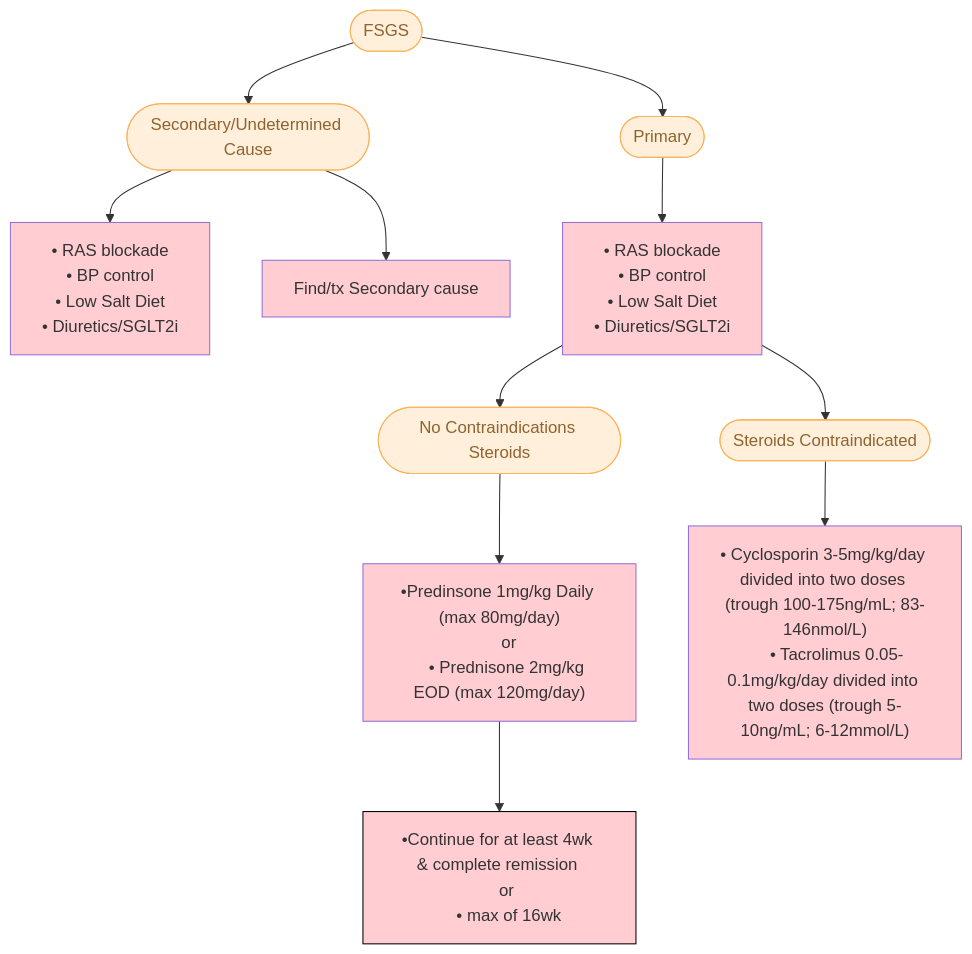
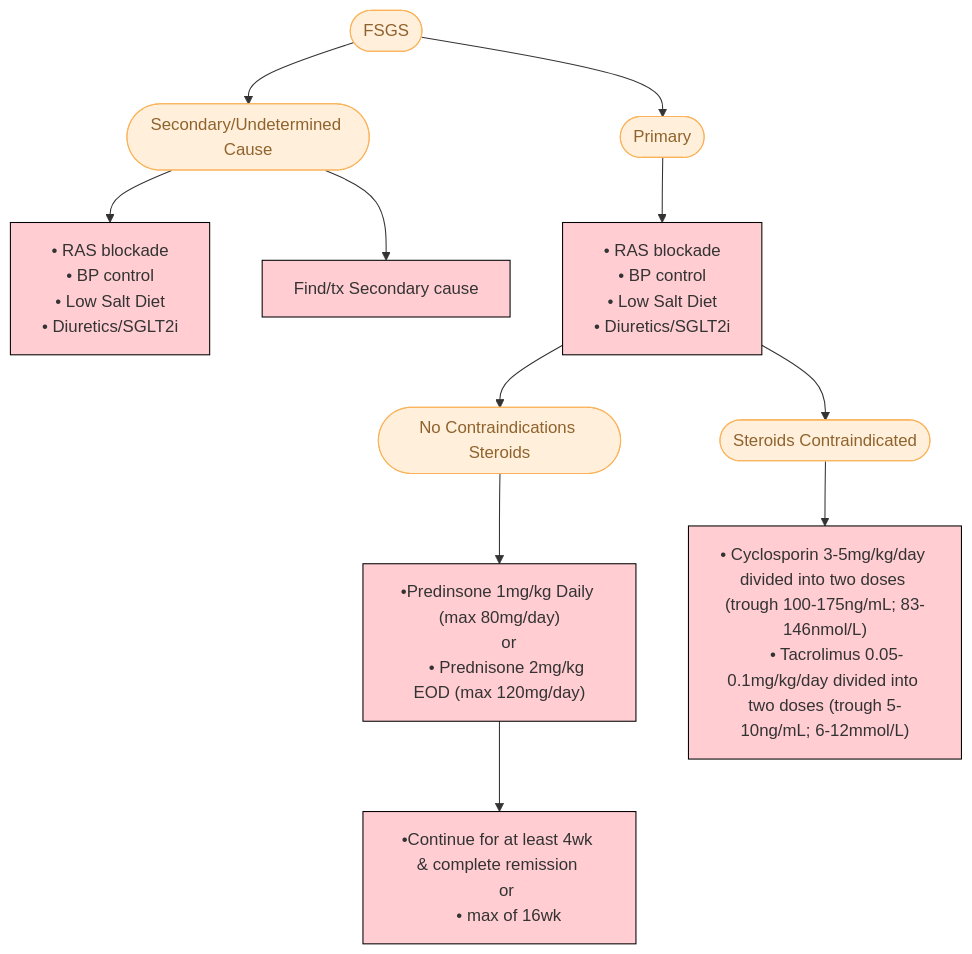
The second of 3 diagrams in docs/FSGS.md (TTUNEPH2025/GN), drawn with Mermaid before and after one commit.

````diff
--- a/docs/FSGS.md
+++ b/docs/FSGS.md
@@ -101,34 +101,34 @@
 ```mermaid
 flowchart TD
     A(["FSGS"]) --> B(["Primary"]) & n1(["Secondary/Undetermined Cause"])
     n1 --> n2["• RAS blockade
      • BP control
      • Low Salt Diet
      • Diuretics/SGLT2i"] & n3["Find/tx Secondary cause"]
     B --> n26["• RAS blockade
      • BP control
      • Low Salt Diet
      • Diuretics/SGLT2i"]
     n4["•Predinsone 1mg/kg Daily (max 80mg/day)
     or
     • Prednisone 2mg/kg EOD (max 120mg/day)"] --> n5["•Continue for at least 4wk & complete remission 
     or 
     • max of 16wk"]
     n24(["Steroids Contraindicated"]) --> n25["• Cyclosporin 3-5mg/kg/day divided into two doses (trough 100-175ng/mL; 83-146nmol/L)
      • Tacrolimus 0.05-0.1mg/kg/day divided into two doses (trough 5-10ng/mL; 6-12mmol/L)"]
     n26 --> n24 & n27(["No Contraindications Steroids"])
     n27 --> n4
      A:::Peach
      B:::Peach
      n1:::Peach
-     n2:::Class_01
-     n3:::Class_01
-     n26:::Class_01
      n24:::Peach
-     n25:::Class_01
      n27:::Peach
     classDef Peach stroke-width:1px, stroke-dasharray:none, stroke:#FBB35A, fill:#FFEFDB, color:#8F632D
     classDef Class_01 fill:#FFCDD2
-    style n4 fill:#FFCDD2
+    style n2 fill:#FFCDD2,stroke:#000000
+    style n3 fill:#FFCDD2,stroke:#000000
+    style n26 fill:#FFCDD2,stroke:#000000
+    style n4 fill:#FFCDD2,stroke:#000000
     style n5 stroke:#000000,fill:#FFCDD2
+    style n25 fill:#FFCDD2,stroke:#000000
 ```
````
